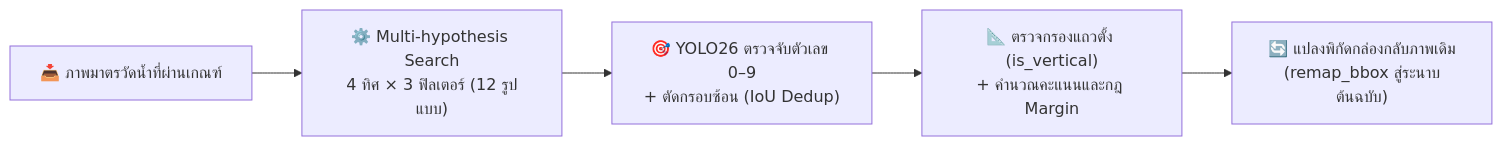
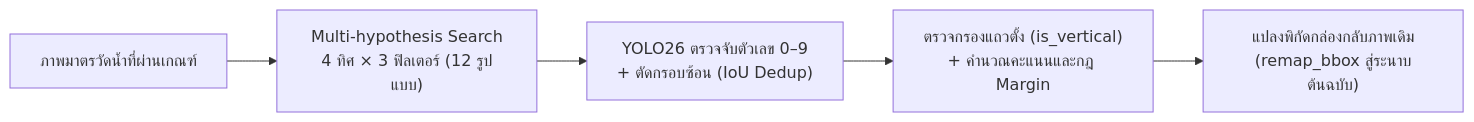
Before and after one commit to jirathxz/meter-reader: the fifth of 17 diagrams in TUTORIAL.md, drawn with Mermaid. The commit also changed other lines of this file and 1 other file, not shown here.

Commit message:
style(docs): remove all emojis across documentation and mermaid diagrams

````diff
--- a/TUTORIAL.md
+++ b/TUTORIAL.md
@@ -458,7 +458,7 @@
 ```mermaid
 flowchart LR
-  F1["📥 ภาพมาตรวัดน้ำที่ผ่านเกณฑ์"] --> F["⚙️ Multi-hypothesis Search<br/>4 ทิศ × 3 ฟิลเตอร์ (12 รูปแบบ)"]
-  F --> G["🎯 YOLO26 ตรวจจับตัวเลข 0–9<br/>+ ตัดกรอบซ้อน (IoU Dedup)"]
-  G --> H["📐 ตรวจกรองแถวตั้ง (is_vertical)<br/>+ คำนวณคะแนนและกฎ Margin"]
-  H --> I["🔄 แปลงพิกัดกล่องกลับภาพเดิม<br/>(remap_bbox สู่ระนาบต้นฉบับ)"]
+  F1["ภาพมาตรวัดน้ำที่ผ่านเกณฑ์"] --> F["Multi-hypothesis Search<br/>4 ทิศ × 3 ฟิลเตอร์ (12 รูปแบบ)"]
+  F --> G["YOLO26 ตรวจจับตัวเลข 0–9<br/>+ ตัดกรอบซ้อน (IoU Dedup)"]
+  G --> H["ตรวจกรองแถวตั้ง (is_vertical)<br/>+ คำนวณคะแนนและกฎ Margin"]
+  H --> I["แปลงพิกัดกล่องกลับภาพเดิม<br/>(remap_bbox สู่ระนาบต้นฉบับ)"]
 ```
````
